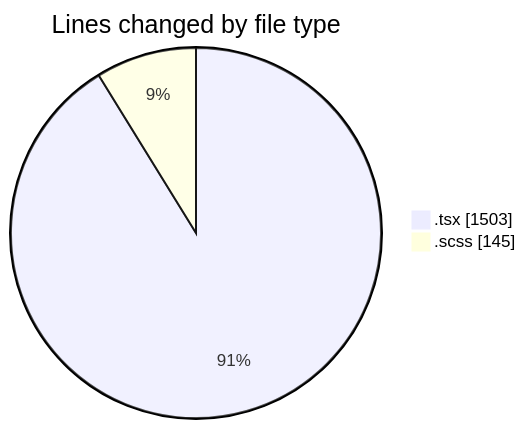
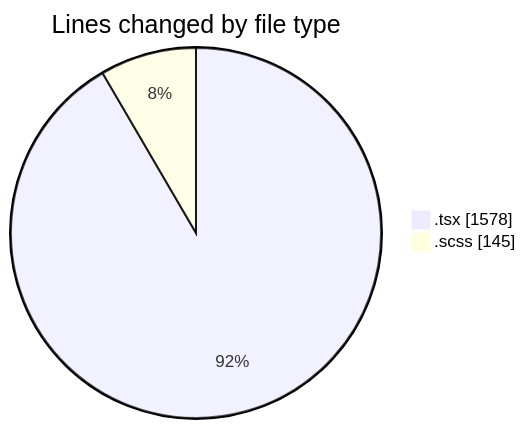
Before and after one commit to momahboobian/code-tracking: the first of 2 diagrams in 2025-03-20/cda/README.md, drawn with Mermaid. The commit also changed other lines of this file and 1 other file, not shown here.

````diff
--- a/2025-03-20/cda/README.md
+++ b/2025-03-20/cda/README.md
@@ -23,6 +23,6 @@
 ```mermaid
 pie showData
 title Lines changed by file type
-".tsx" : 1503
+".tsx" : 1578
 ".scss" : 145
 ```
````
